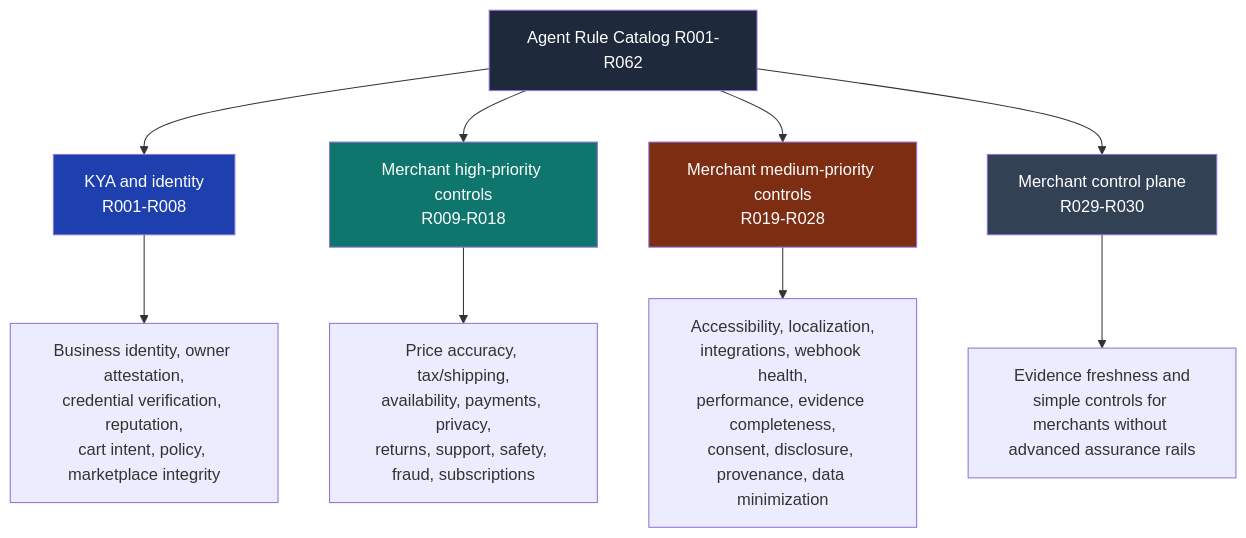
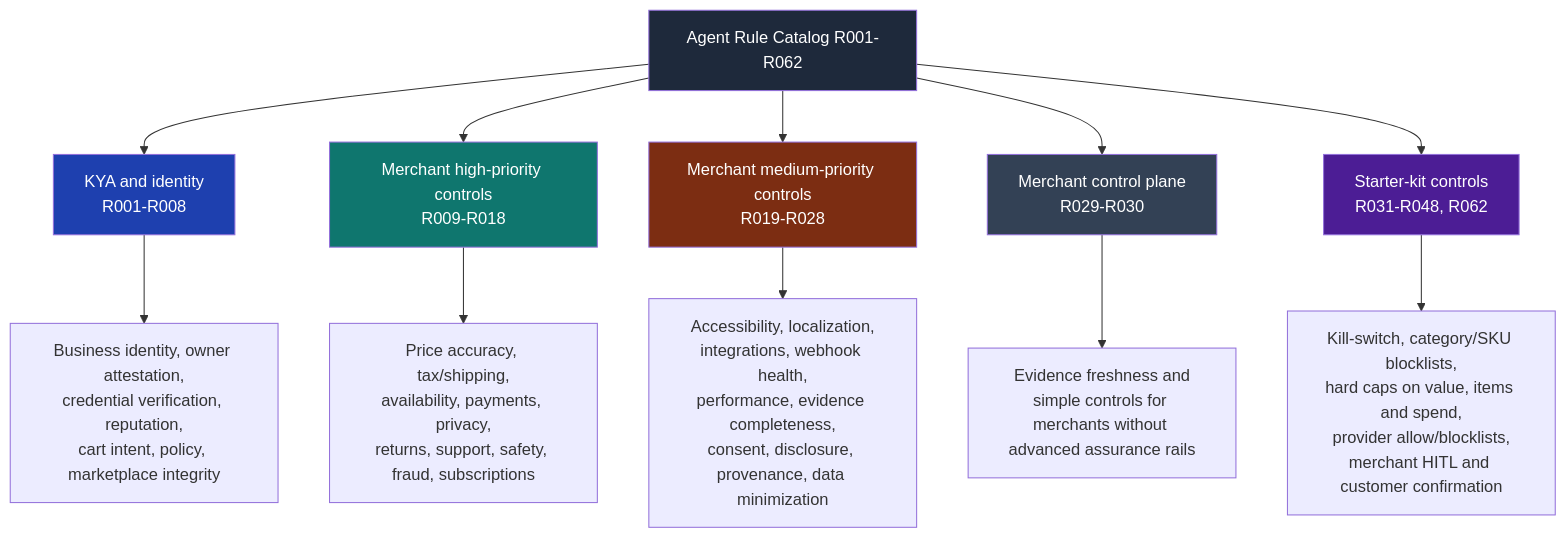
One commit to Trusteedxyz/trusteed-developer-mcp changed the second of 3 diagrams in README.md. Above: the diagram before and after it, drawn with Mermaid. The commit also changed other lines of this file and 11 other files, not shown here.

````diff
--- a/README.md
+++ b/README.md
@@ -220,19 +266,22 @@
 ```mermaid
 flowchart TD
     ROOT["Agent Rule Catalog R001-R062"]
     ROOT --> KYA["KYA and identity\nR001-R008"]
     ROOT --> HP["Merchant high-priority controls\nR009-R018"]
     ROOT --> MP["Merchant medium-priority controls\nR019-R028"]
     ROOT --> CP["Merchant control plane\nR029-R030"]
+    ROOT --> SK["Starter-kit controls\nR031-R048, R062"]
 
     KYA --> KYA_EX["Business identity, owner attestation,\ncredential verification, reputation,\ncart intent, policy, marketplace integrity"]
     HP --> HP_EX["Price accuracy, tax/shipping,\navailability, payments, privacy,\nreturns, support, safety, fraud, subscriptions"]
     MP --> MP_EX["Accessibility, localization,\nintegrations, webhook health,\nperformance, evidence completeness,\nconsent, disclosure, provenance, data minimization"]
     CP --> CP_EX["Evidence freshness and\nsimple controls for merchants without advanced assurance rails"]
+    SK --> SK_EX["Kill-switch, category/SKU blocklists,\nhard caps on value, items and spend,\nprovider allow/blocklists,\nmerchant HITL and customer confirmation"]
 
     style ROOT fill:#1e293b,color:#fff
     style KYA fill:#1e40af,color:#fff
     style HP fill:#0f766e,color:#fff
     style MP fill:#7c2d12,color:#fff
     style CP fill:#334155,color:#fff
+    style SK fill:#4c1d95,color:#fff
 ```
````
